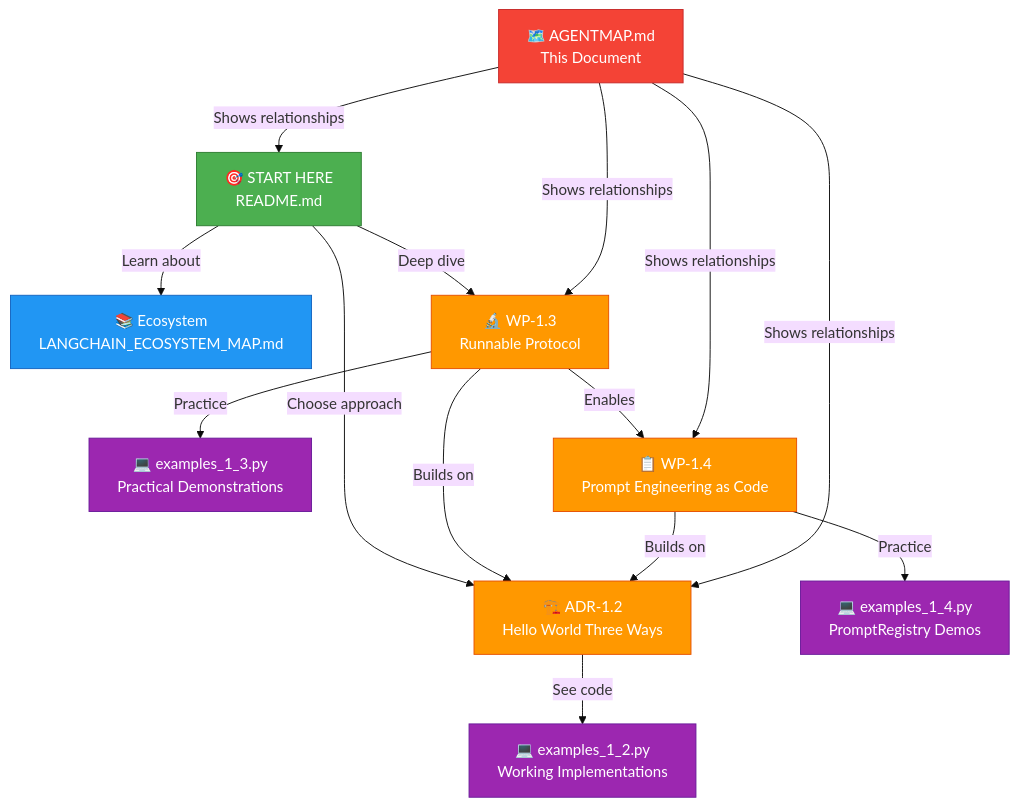
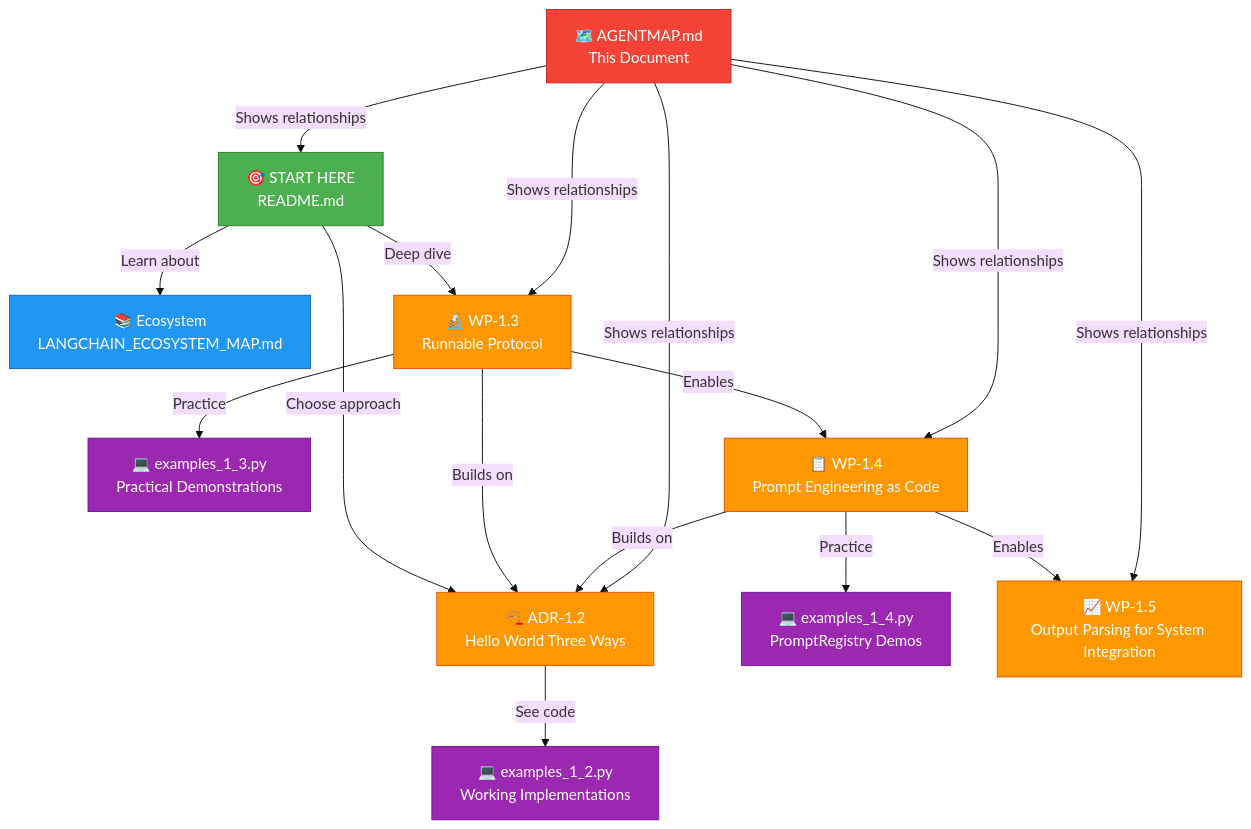
The diagram in AGENTMAP.md (pristley/ai-architecture-blueprints), drawn with Mermaid (base theme) before and after one commit. The commit also changed other lines of this file and 4 other files, not shown here.

Commit message:
docs: add structured output parsing work product

````diff
--- a/AGENTMAP.md
+++ b/AGENTMAP.md
@@ -11,36 +11,40 @@
 ```mermaid
 graph TB
     START["🎯 START HERE<br/>README.md"] 
     ECOSYSTEM["📚 Ecosystem<br/>LANGCHAIN_ECOSYSTEM_MAP.md"]
     ADR12["🏗️ ADR-1.2<br/>Hello World Three Ways"]
     EX12["💻 examples_1_2.py<br/>Working Implementations"]
     WP13["🔬 WP-1.3<br/>Runnable Protocol"]
     EX13["💻 examples_1_3.py<br/>Practical Demonstrations"]
     WP14["📋 WP-1.4<br/>Prompt Engineering as Code"]
-    EX14["💻 examples_1_4.py<br/>PromptRegistry Demos"]
+      EX14["💻 examples_1_4.py<br/>PromptRegistry Demos"]
+      WP15["📈 WP-1.5<br/>Output Parsing for System Integration"]
     AGENTMAP["🗺️ AGENTMAP.md<br/>This Document"]
     
     START -->|Learn about| ECOSYSTEM
     START -->|Choose approach| ADR12
     ADR12 -->|See code| EX12
     START -->|Deep dive| WP13
     WP13 -->|Practice| EX13
     WP13 -->|Builds on| ADR12
     WP13 -->|Enables| WP14
+      WP14 -->|Enables| WP15
     WP14 -->|Practice| EX14
     WP14 -->|Builds on| ADR12
     AGENTMAP -->|Shows relationships| START
     AGENTMAP -->|Shows relationships| ADR12
     AGENTMAP -->|Shows relationships| WP13
     AGENTMAP -->|Shows relationships| WP14
+      AGENTMAP -->|Shows relationships| WP15
     
     style START fill:#4CAF50,stroke:#2E7D32,color:#fff
     style ECOSYSTEM fill:#2196F3,stroke:#1565C0,color:#fff
     style ADR12 fill:#FF9800,stroke:#E65100,color:#fff
     style EX12 fill:#9C27B0,stroke:#6A1B9A,color:#fff
     style WP13 fill:#FF9800,stroke:#E65100,color:#fff
     style EX13 fill:#9C27B0,stroke:#6A1B9A,color:#fff
     style WP14 fill:#FF9800,stroke:#E65100,color:#fff
     style EX14 fill:#9C27B0,stroke:#6A1B9A,color:#fff
+      style WP15 fill:#FF9800,stroke:#E65100,color:#fff
     style AGENTMAP fill:#F44336,stroke:#C62828,color:#fff
 ```
````
